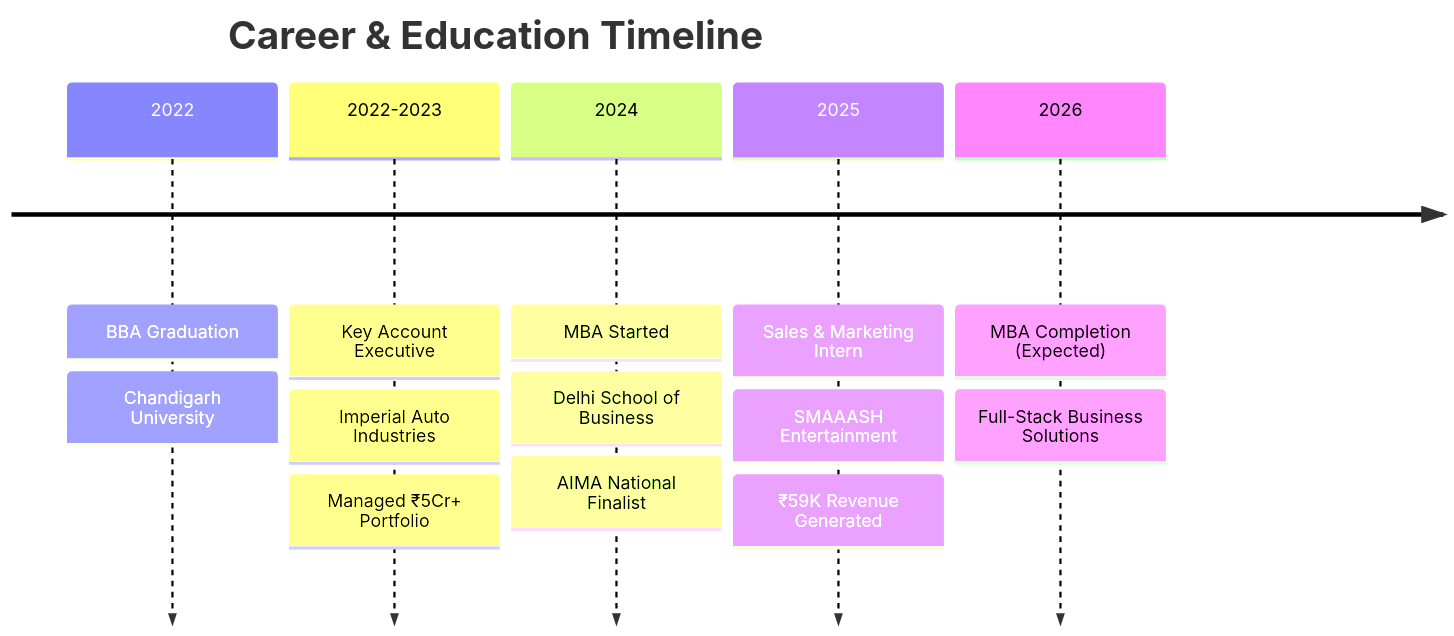
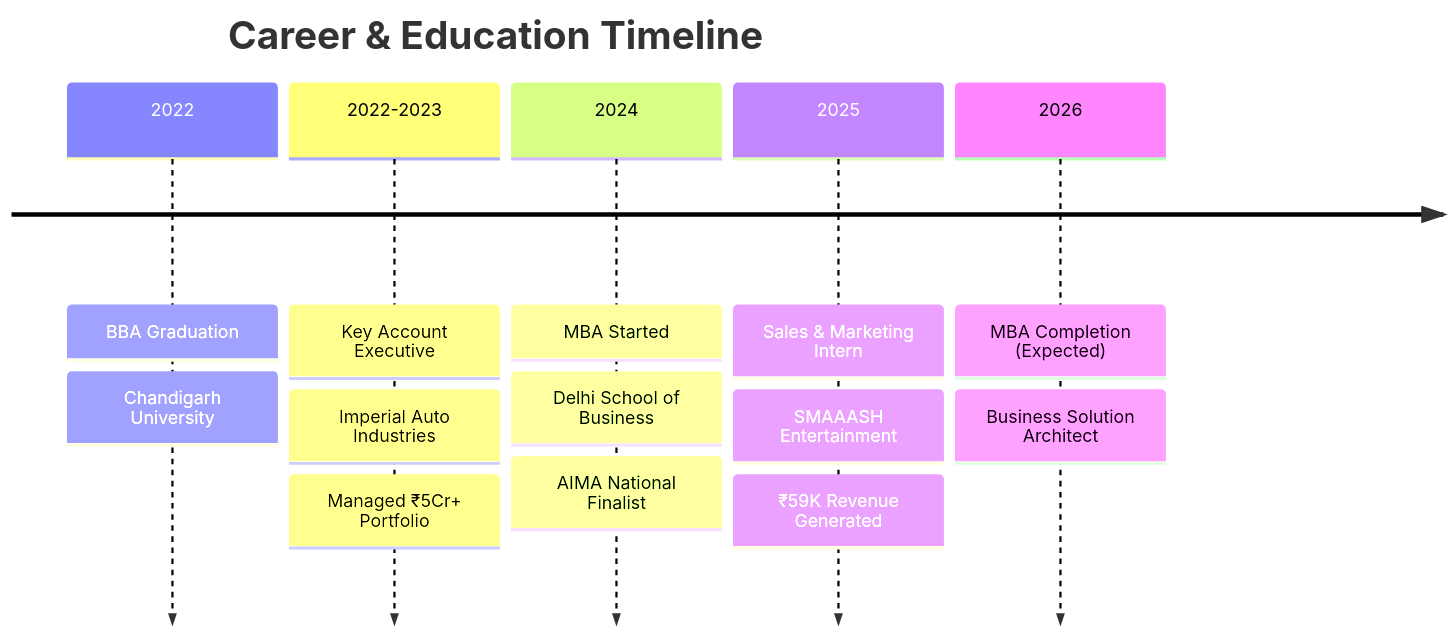
One commit to DevisDev365/DevisDev365 changed the second of 2 diagrams in readme.md. Above: the diagram before and after it, drawn with Mermaid. The commit also changed other lines of this file, not shown here.

````diff
--- a/readme.md
+++ b/readme.md
@@ -383,17 +364,17 @@
 ```mermaid
 timeline
     title Career & Education Timeline
     2022 : BBA Graduation
          : Chandigarh University
     2022-2023 : Key Account Executive
               : Imperial Auto Industries
               : Managed ₹5Cr+ Portfolio
     2024 : MBA Started
          : Delhi School of Business
          : AIMA National Finalist
     2025 : Sales & Marketing Intern
          : SMAAASH Entertainment
          : ₹59K Revenue Generated
     2026 : MBA Completion (Expected)
-         : Full-Stack Business Solutions
+         : Business Solution Architect
 ```
````
